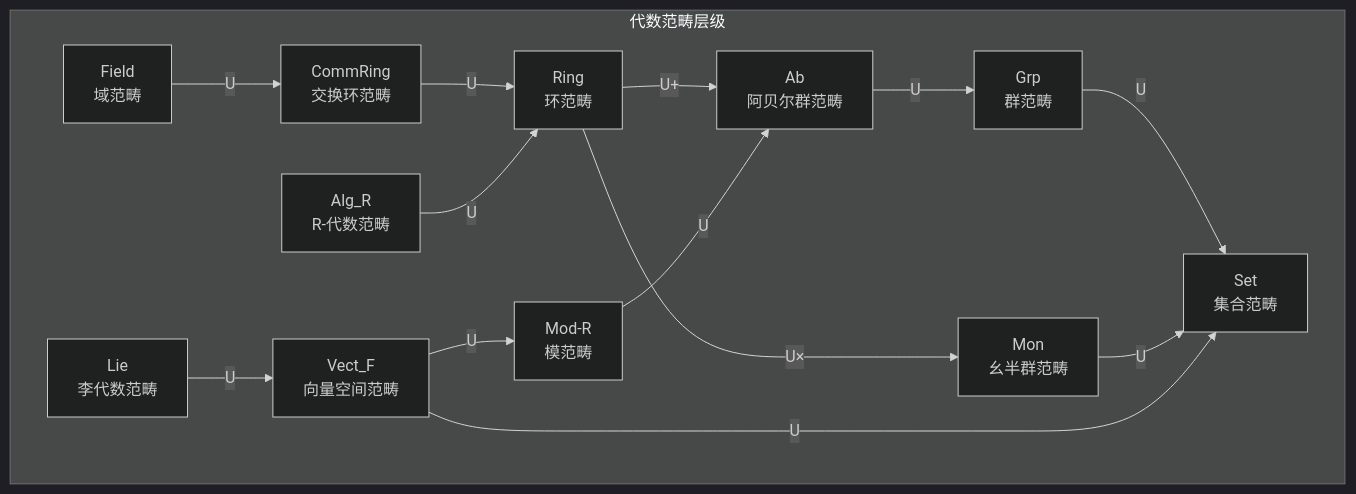
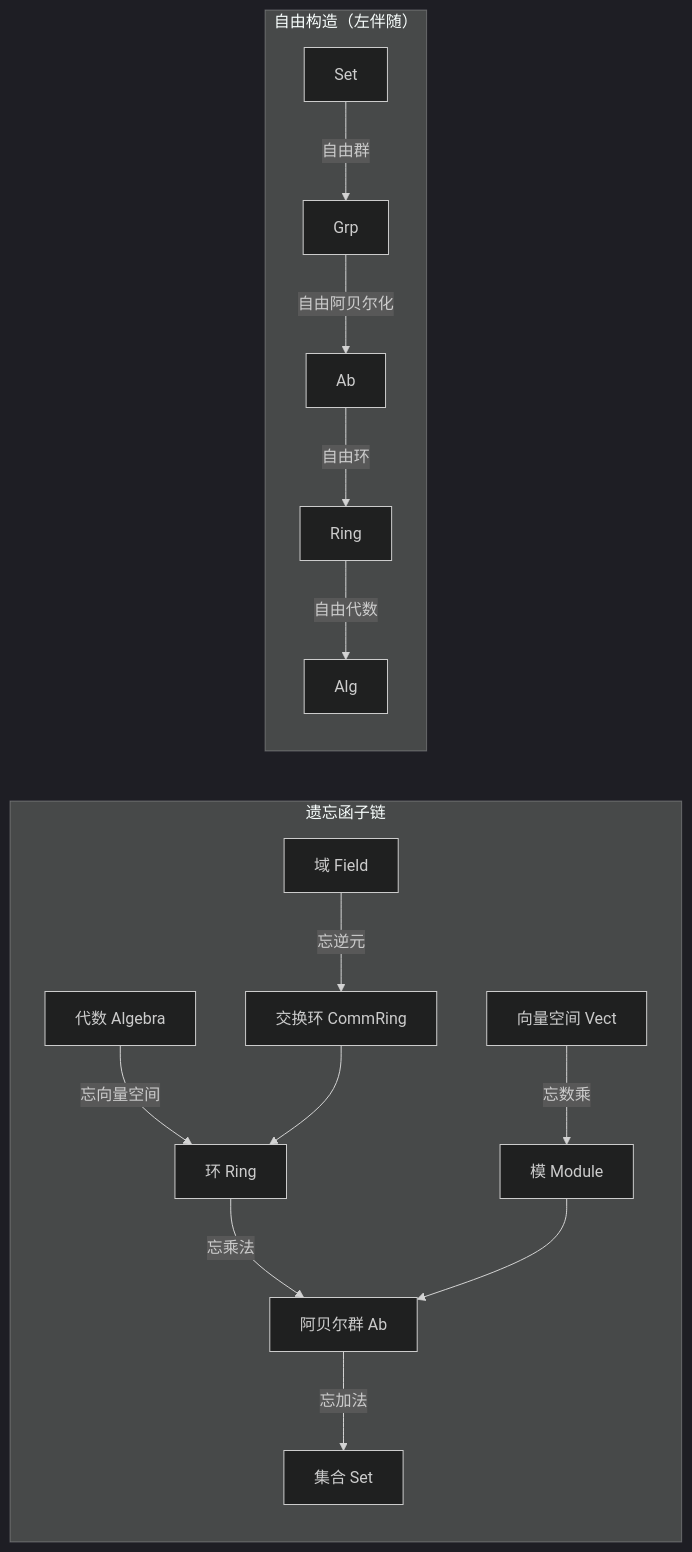
Before and after one commit to AdaMartin18010/FormalMath: the second of 11 diagrams in docs/00-概念关联图谱/01-代数结构关联网络.md, drawn with Mermaid (dark theme). The commit also changed other lines of this file and 13 other files, not shown here.

````diff
--- a/docs/00-概念关联图谱/01-代数结构关联网络.md
+++ b/docs/00-概念关联图谱/01-代数结构关联网络.md
@@ -117,30 +115,21 @@
 ```mermaid
-graph TB
-    subgraph Categories[代数范畴层级]
-        SET_CAT[Set<br/>集合范畴]
-        MONOID_CAT[Mon<br/>幺半群范畴]
-        GRP_CAT[Grp<br/>群范畴]
-        AB_CAT[Ab<br/>阿贝尔群范畴]
-        RNG_CAT[Ring<br/>环范畴]
-        COMM_CAT[CommRing<br/>交换环范畴]
-        FIELD_CAT[Field<br/>域范畴]
-        MOD_CAT[Mod-R<br/>模范畴]
-        VEC_CAT[Vect_F<br/>向量空间范畴]
-        ALG_CAT[Alg_R<br/>R-代数范畴]
-        LIE_CAT[Lie<br/>李代数范畴]
+graph LR
+    subgraph 遗忘链["遗忘函子链"]
+        direction TB
+        A[代数 Algebra] -->|忘向量空间| R[环 Ring]
+        R -->|忘乘法| AB[阿贝尔群 Ab]
+        AB -->|忘加法| S[集合 Set]
+        F[域 Field] -->|忘逆元| CR[交换环 CommRing]
+        CR --> R
+        V[向量空间 Vect] -->|忘数乘| M[模 Module]
+        M --> AB
     end
 
-    %% 遗忘函子
-    GRP_CAT -->|U| SET_CAT
-    MONOID_CAT -->|U| SET_CAT
-    AB_CAT -->|U| GRP_CAT
-    RNG_CAT -->|U+| AB_CAT
-    RNG_CAT -->|U×| MONOID_CAT
-    COMM_CAT -->|U| RNG_CAT
-    FIELD_CAT -->|U| COMM_CAT
-    MOD_CAT -->|U| AB_CAT
-    VEC_CAT -->|U| MOD_CAT
-    VEC_CAT -->|U| SET_CAT
-    ALG_CAT -->|U| RNG_CAT
-    LIE_CAT -->|U| VEC_CAT
+    subgraph 左伴随["自由构造（左伴随）"]
+        direction TB
+        SF[Set] -->|自由群| GF[Grp]
+        GF -->|自由阿贝尔化| AF[Ab]
+        AF -->|自由环| RF[Ring]
+        RF -->|自由代数| AF2[Alg]
+    end
 ```
````
